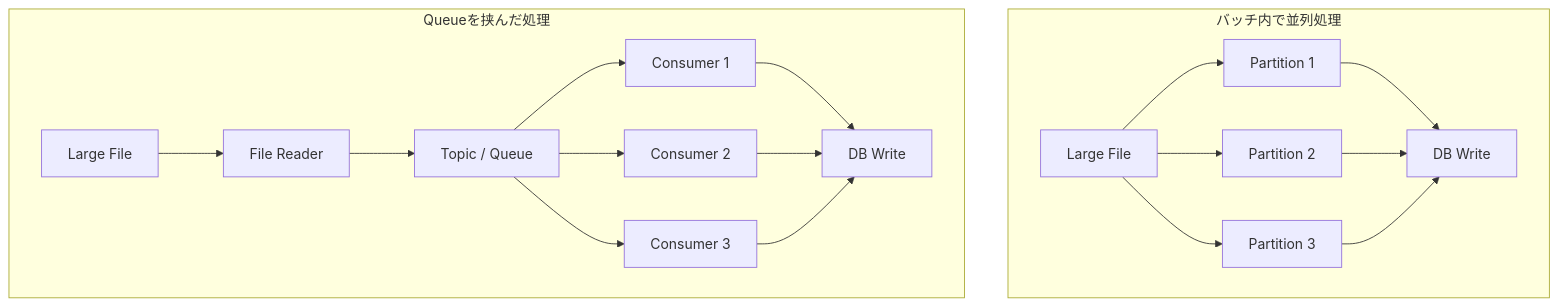
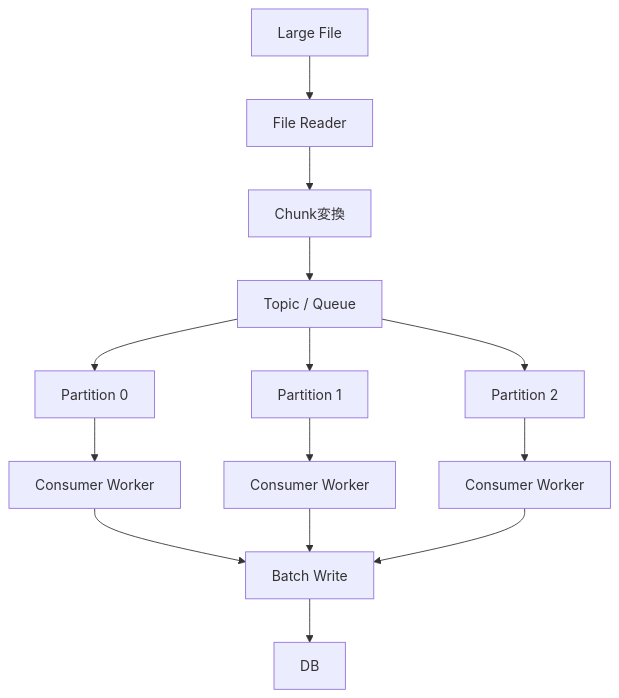
One commit to chung-A/tech-blog changed the third of 3 diagrams in README.md. Above: the diagram before and after it, drawn with Mermaid. The commit also changed other lines of this file, not shown here.

Commit message:
Split batch examples and add image prompts

````diff
--- a/README.md
+++ b/README.md
@@ -187,22 +219,16 @@
 ```mermaid
 flowchart TB
-  subgraph A["バッチ内で並列処理"]
-    F1["Large File"] --> P1["Partition 1"]
-    F1 --> P2["Partition 2"]
-    F1 --> P3["Partition 3"]
-    P1 --> DB1["DB Write"]
-    P2 --> DB1
-    P3 --> DB1
-  end
-
-  subgraph B["Queueを挟んだ処理"]
-    F2["Large File"] --> R["File Reader"]
-    R --> Q["Topic / Queue"]
-    Q --> C1["Consumer 1"]
-    Q --> C2["Consumer 2"]
-    Q --> C3["Consumer 3"]
-    C1 --> DB2["DB Write"]
-    C2 --> DB2
-    C3 --> DB2
-  end
+  F["Large File"] --> R["File Reader"]
+  R --> C["Chunk変換"]
+  C --> Q["Topic / Queue"]
+  Q --> P0["Partition 0"]
+  Q --> P1["Partition 1"]
+  Q --> P2["Partition 2"]
+  P0 --> W0["Consumer Worker"]
+  P1 --> W1["Consumer Worker"]
+  P2 --> W2["Consumer Worker"]
+  W0 --> B["Batch Write"]
+  W1 --> B
+  W2 --> B
+  B --> DB["DB"]
 ```
````
